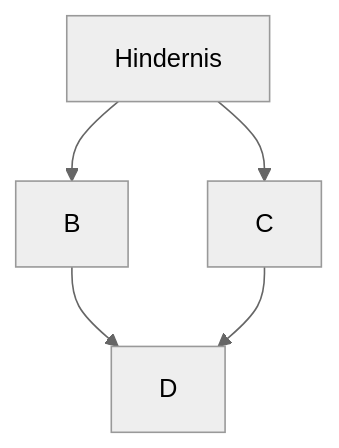
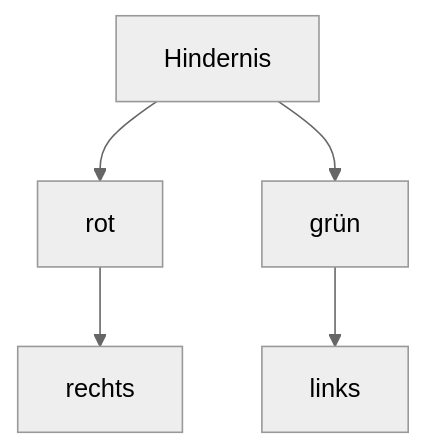
The diagram in Programme/Hindernisrennen/README.md (SchroedingersBit/PfortGTPanama), drawn with Mermaid (neutral theme) before and after one commit.

````diff
--- a/Programme/Hindernisrennen/README.md
+++ b/Programme/Hindernisrennen/README.md
@@ -4,4 +4,4 @@
 ```mermaid
-graph TB;Hindernis --> B-->D;
-Hindernis-->C-->D
+graph TB;Hindernis --> rot-->rechts;
+Hindernis-->grün-->links
 ```
````
